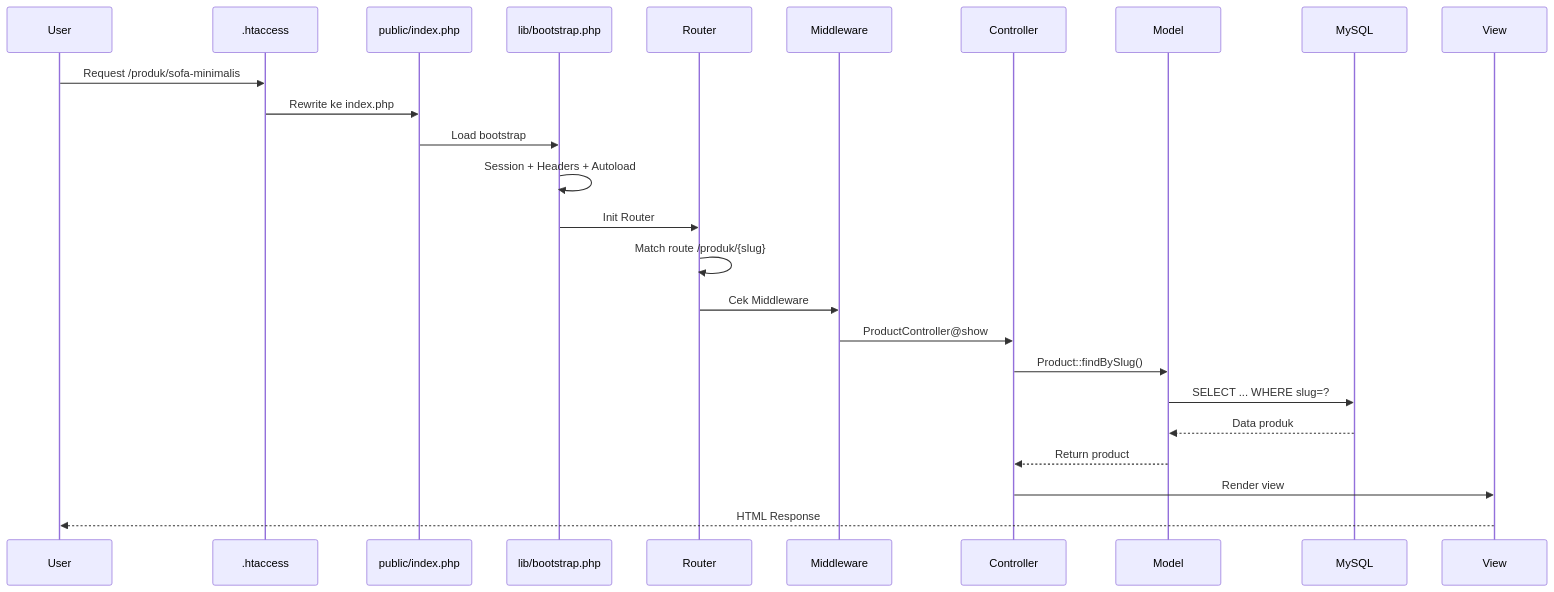
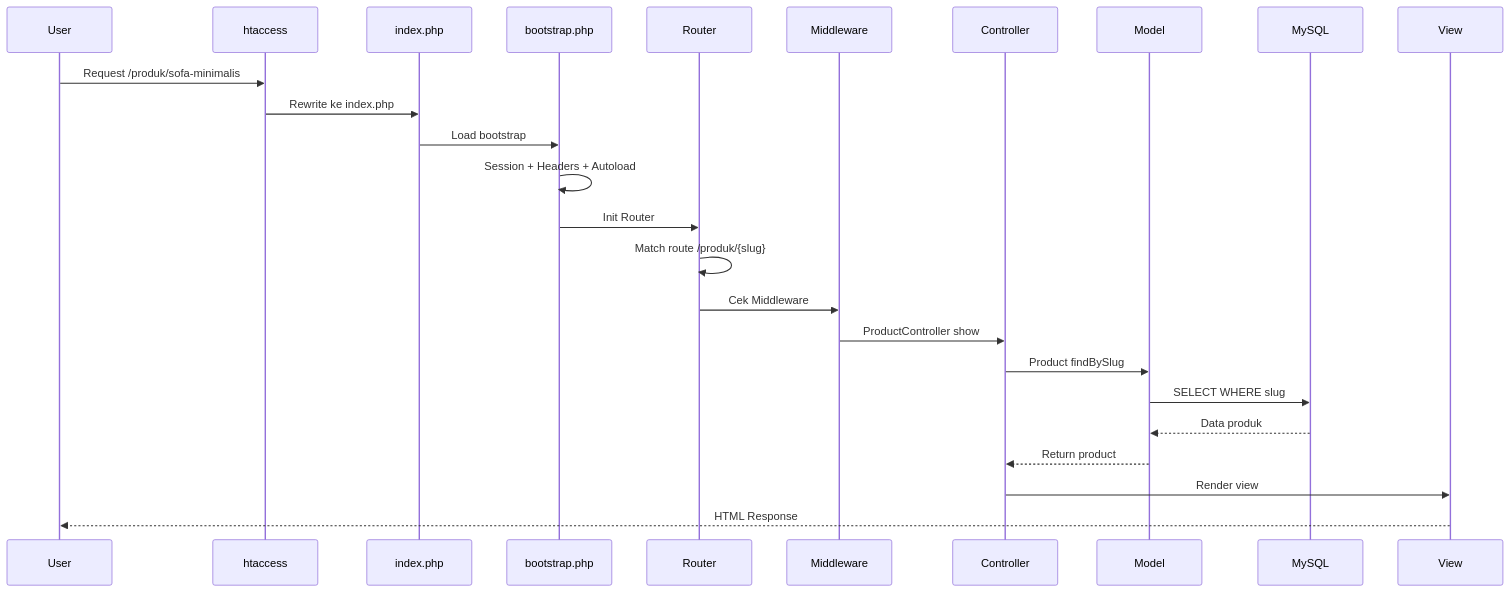
One commit to sekarpratama/project1 changed the sixth of 19 diagrams in README.md. Above: the diagram before and after it, drawn with Mermaid. The commit also changed other lines of this file, not shown here.

````diff
--- a/README.md
+++ b/README.md
@@ -345,28 +349,28 @@
 ```mermaid
 sequenceDiagram
     participant U as User
-    participant H as .htaccess
-    participant I as public/index.php
-    participant B as lib/bootstrap.php
+    participant H as htaccess
+    participant I as index.php
+    participant B as bootstrap.php
     participant R as Router
     participant M as Middleware
     participant C as Controller
     participant Mo as Model
     participant DB as MySQL
     participant V as View
 
     U->>H: Request /produk/sofa-minimalis
     H->>I: Rewrite ke index.php
     I->>B: Load bootstrap
     B->>B: Session + Headers + Autoload
     B->>R: Init Router
     R->>R: Match route /produk/{slug}
     R->>M: Cek Middleware
-    M->>C: ProductController@show
-    C->>Mo: Product::findBySlug()
-    Mo->>DB: SELECT ... WHERE slug=?
+    M->>C: ProductController show
+    C->>Mo: Product findBySlug
+    Mo->>DB: SELECT WHERE slug
     DB-->>Mo: Data produk
     Mo-->>C: Return product
     C->>V: Render view
     V-->>U: HTML Response
 ```
````
